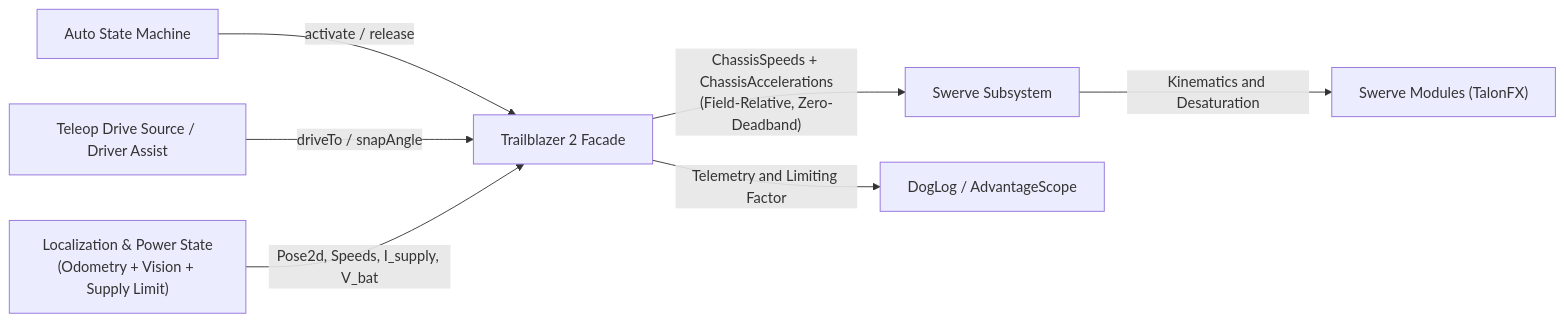
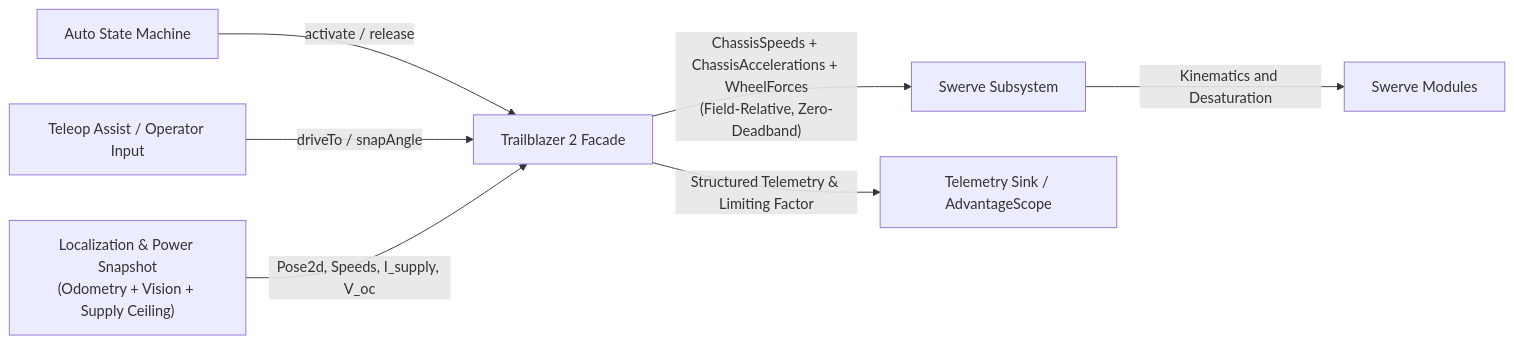
One commit to team581/offseason-2026 changed the second of 2 diagrams in shared/src/main/java/com/team581/trailblazer2/planning/README.md. Above: the diagram before and after it, drawn with Mermaid. The commit also changed other lines of this file and 8 other files, not shown here.

````diff
--- a/shared/src/main/java/com/team581/trailblazer2/planning/README.md
+++ b/shared/src/main/java/com/team581/trailblazer2/planning/README.md
@@ -82,9 +82,9 @@
 ```mermaid
 flowchart LR
     AutoSM["Auto State Machine"] -->|"activate / release"| TB2["Trailblazer 2 Facade"]
-    Teleop["Teleop Drive Source / Driver Assist"] -->|"driveTo / snapAngle"| TB2
-    Loc["Localization & Power State<br/>(Odometry + Vision + Supply Limit)"] -->|"Pose2d, Speeds, I_supply, V_bat"| TB2
-    TB2 -->|"ChassisSpeeds + ChassisAccelerations<br/>(Field-Relative, Zero-Deadband)"| SwerveSub["Swerve Subsystem"]
-    SwerveSub -->|"Kinematics and Desaturation"| Modules["Swerve Modules (TalonFX)"]
-    TB2 -->|"Telemetry and Limiting Factor"| DogLog["DogLog / AdvantageScope"]
+    Teleop["Teleop Assist / Operator Input"] -->|"driveTo / snapAngle"| TB2
+    Loc["Localization & Power Snapshot<br/>(Odometry + Vision + Supply Ceiling)"] -->|"Pose2d, Speeds, I_supply, V_oc"| TB2
+    TB2 -->|"ChassisSpeeds + ChassisAccelerations + WheelForces<br/>(Field-Relative, Zero-Deadband)"| SwerveSub["Swerve Subsystem"]
+    SwerveSub -->|"Kinematics and Desaturation"| Modules["Swerve Modules"]
+    TB2 -->|"Structured Telemetry & Limiting Factor"| Telemetry["Telemetry Sink / AdvantageScope"]
 ```
````
